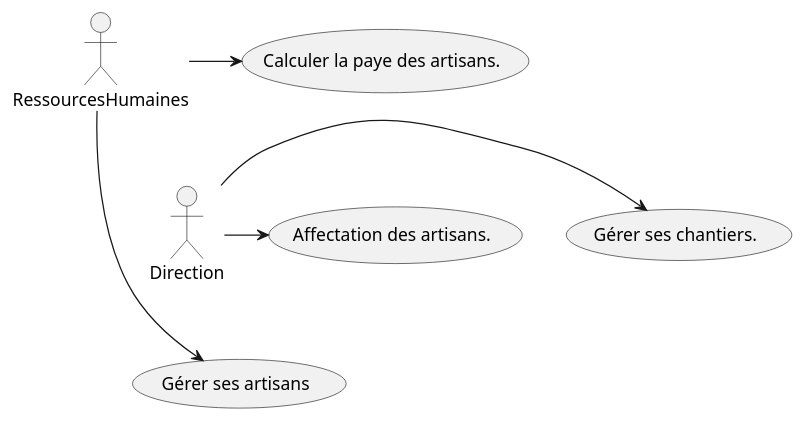
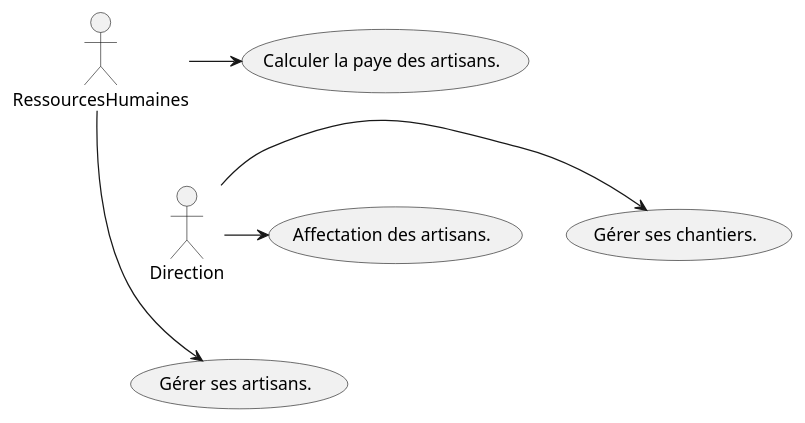
The diagram in uc.plantuml (IUT-Blagnac/r2-01-conception-td5-Falsimane), drawn with PlantUML before and after one commit.

```diff
--- a/uc.plantuml
+++ b/uc.plantuml
@@ -1,21 +1,21 @@
 @startuml UC
 
 usecase c as "Gérer ses chantiers."
-usecase g as "Gérer ses artisans"
+usecase g as "Gérer ses artisans."
 usecase a as "Affectation des artisans."
 usecase p as "Calculer la paye des artisans."
 
 actor Direction
 actor RessourcesHumaines
 
 'Pour aligner les 2 acteurs :
 a -[hidden]-> g
 p -[hidden]-> a
 
 Direction -> c
 Direction -> a
 
 RessourcesHumaines -> p
 RessourcesHumaines -> g
 
 @enduml
```
